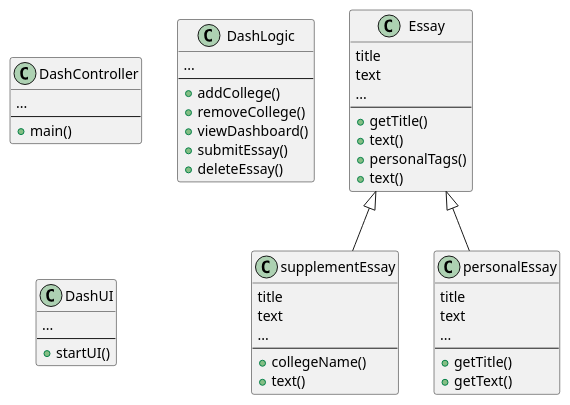
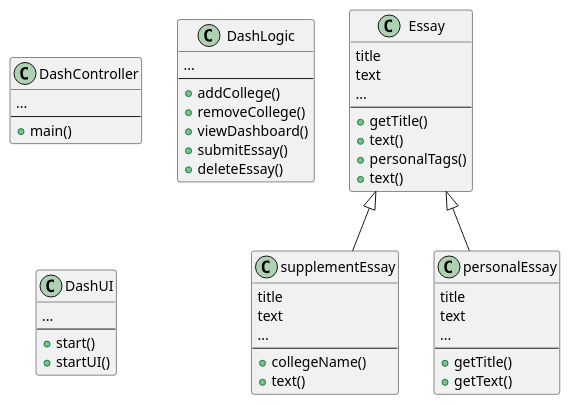
One commit to jlederer33/Essay-Review-App changed the fourth of 4 diagrams in intellij/doc/design.md. Above: the diagram before and after it, drawn with PlantUML.

Commit message:
made changes

````diff
--- a/intellij/doc/design.md
+++ b/intellij/doc/design.md
@@ -66,55 +66,58 @@
 ```plantuml
 
 class Essay{
 title
 text
 ...
 --
 +getTitle()
 +text()
 +personalTags()
 +text()
 }
 
 class supplementEssay{
 title
 text
 ...
 --
 +collegeName()
 +text()
 }
 
 class personalEssay{
 title
 text
 ...
 --
 +getTitle()
 +getText()
 }
 Essay <|--  supplementEssay
 Essay <|-- personalEssay
 
 class DashController{
 ...
 --
 +main()
 }
 
 class DashLogic{
 ...
 --
 +addCollege()
 +removeCollege()
 +viewDashboard()
 +submitEssay()
 +deleteEssay()
 }
 
 class DashUI{
 ...
 --
++start()
 +startUI()
 }
+
+
 ```
````
